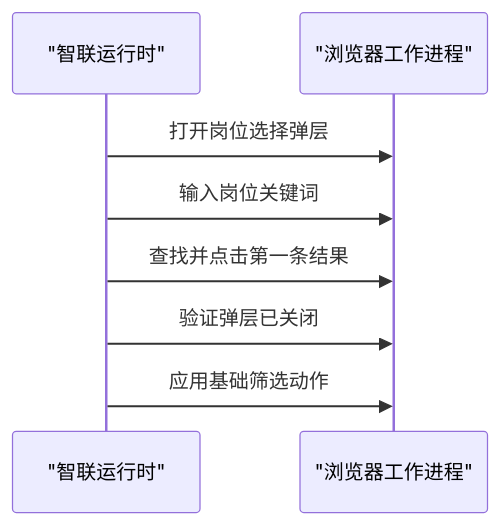
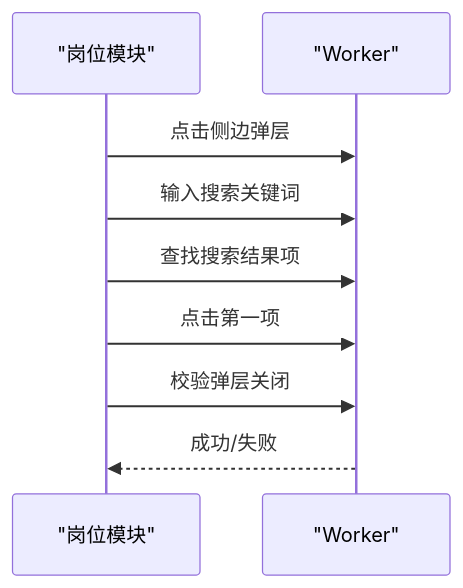
One commit to alvinwangzi/goodhr changed the fifth of 10 diagrams in .qoder/repowiki/zh/content/系统架构/本地Agent架构/平台适配器系统/智联招聘适配器.md. Above: the diagram before and after it, drawn with Mermaid. The commit also changed other lines of this file and 149 other files, not shown here.

````diff
--- a/.qoder/repowiki/zh/content/系统架构/本地Agent架构/平台适配器系统/智联招聘适配器.md
+++ b/.qoder/repowiki/zh/content/系统架构/本地Agent架构/平台适配器系统/智联招聘适配器.md
@@ -198,10 +226,11 @@
 ```mermaid
 sequenceDiagram
-participant ZR as "智联运行时"
-participant Browser as "浏览器工作进程"
-ZR->>Browser : 打开岗位选择弹层
-ZR->>Browser : 输入岗位关键词
-ZR->>Browser : 查找并点击第一条结果
-ZR->>Browser : 验证弹层已关闭
-ZR->>Browser : 应用基础筛选动作
+participant P as "岗位模块"
+participant W as "Worker"
+P->>W : 点击侧边弹层
+P->>W : 输入搜索关键词
+P->>W : 查找搜索结果项
+P->>W : 点击第一项
+P->>W : 校验弹层关闭
+W-->>P : 成功/失败
 ```
````
